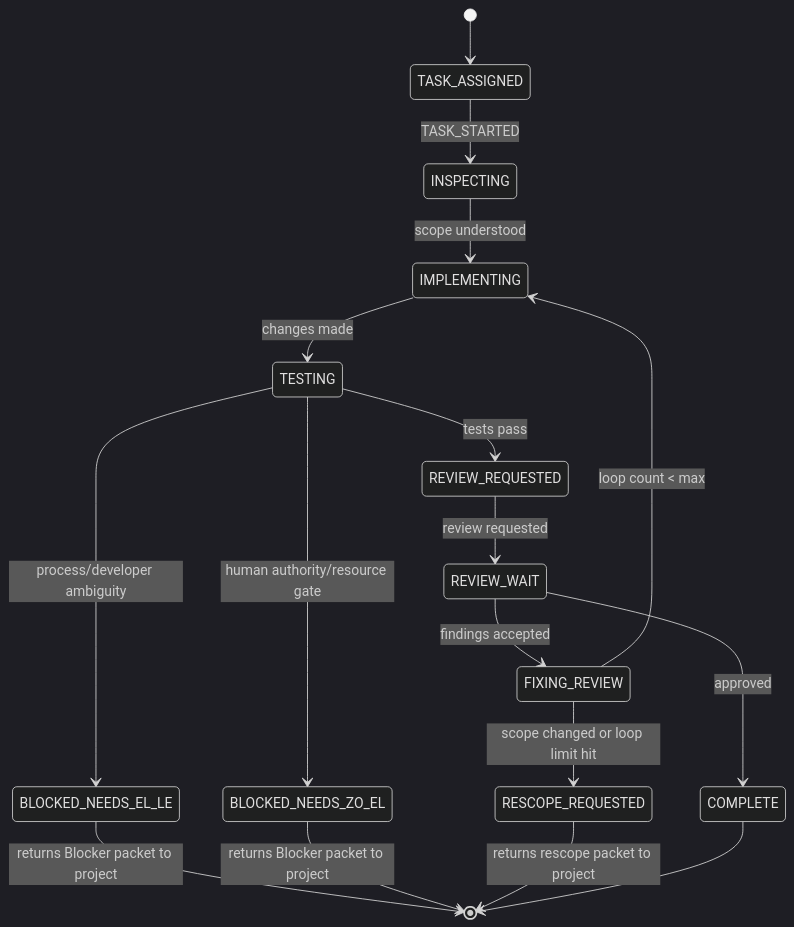
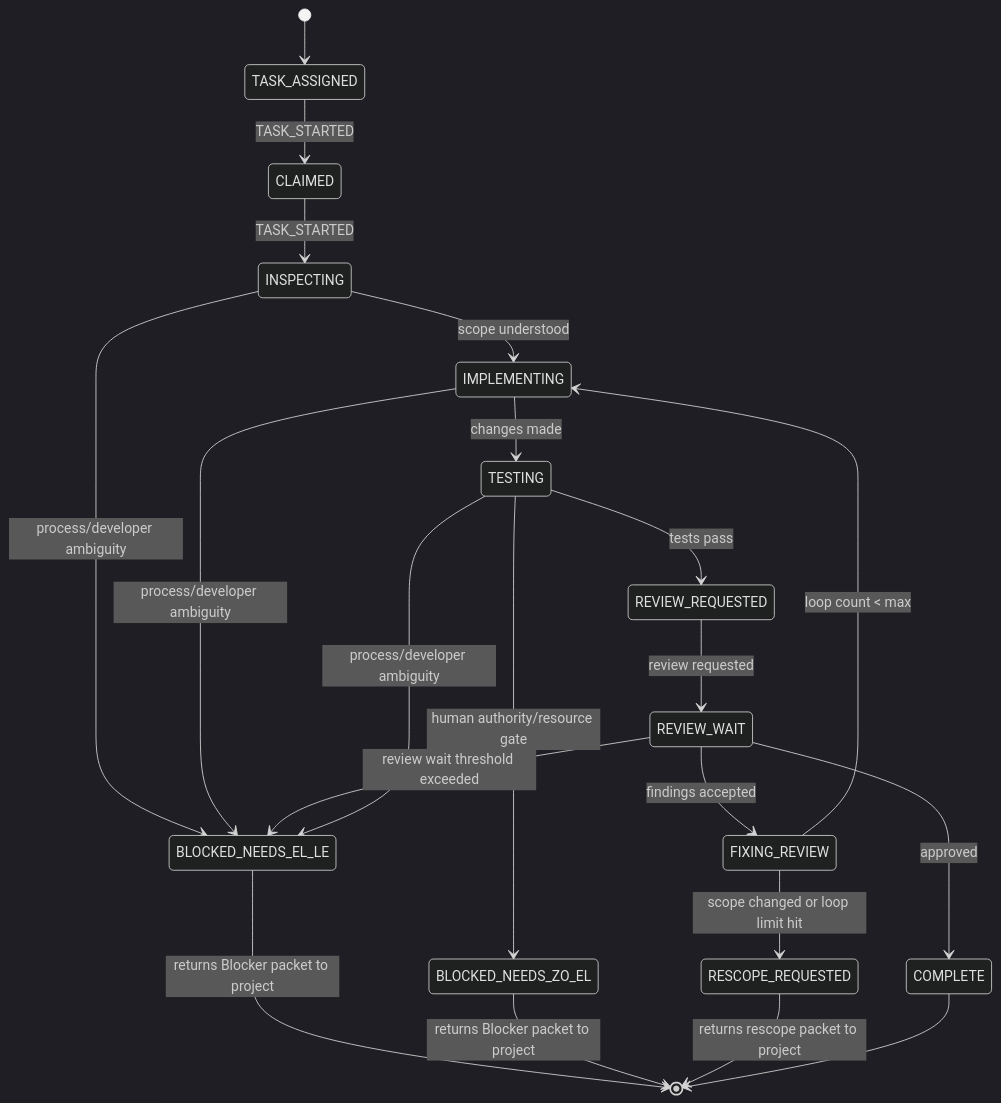
The second of 3 diagrams in docs/examples/agent_toolkit_slice_1_walkthrough.md (el-zachariah/el-zachariahs-drivers), drawn with Mermaid (dark theme) before and after one commit. The commit also changed other lines of this file, not shown here.

Commit message:
docs: align walkthrough with task contract

````diff
--- a/docs/examples/agent_toolkit_slice_1_walkthrough.md
+++ b/docs/examples/agent_toolkit_slice_1_walkthrough.md
@@ -106,19 +106,23 @@
 ```mermaid
 stateDiagram-v2
   [*] --> TASK_ASSIGNED
-  TASK_ASSIGNED --> INSPECTING: TASK_STARTED
+  TASK_ASSIGNED --> CLAIMED: TASK_STARTED
+  CLAIMED --> INSPECTING: TASK_STARTED
   INSPECTING --> IMPLEMENTING: scope understood
   IMPLEMENTING --> TESTING: changes made
   TESTING --> REVIEW_REQUESTED: tests pass
   REVIEW_REQUESTED --> REVIEW_WAIT: review requested
   REVIEW_WAIT --> COMPLETE: approved
   REVIEW_WAIT --> FIXING_REVIEW: findings accepted
   FIXING_REVIEW --> IMPLEMENTING: loop count < max
   FIXING_REVIEW --> RESCOPE_REQUESTED: scope changed or loop limit hit
+  INSPECTING --> BLOCKED_NEEDS_EL_LE: process/developer ambiguity
+  IMPLEMENTING --> BLOCKED_NEEDS_EL_LE: process/developer ambiguity
+  REVIEW_WAIT --> BLOCKED_NEEDS_EL_LE: review wait threshold exceeded
   TESTING --> BLOCKED_NEEDS_EL_LE: process/developer ambiguity
   TESTING --> BLOCKED_NEEDS_ZO_EL: human authority/resource gate
   BLOCKED_NEEDS_EL_LE --> [*]: returns Blocker packet to project
   BLOCKED_NEEDS_ZO_EL --> [*]: returns Blocker packet to project
   RESCOPE_REQUESTED --> [*]: returns rescope packet to project
   COMPLETE --> [*]
 ```
````
